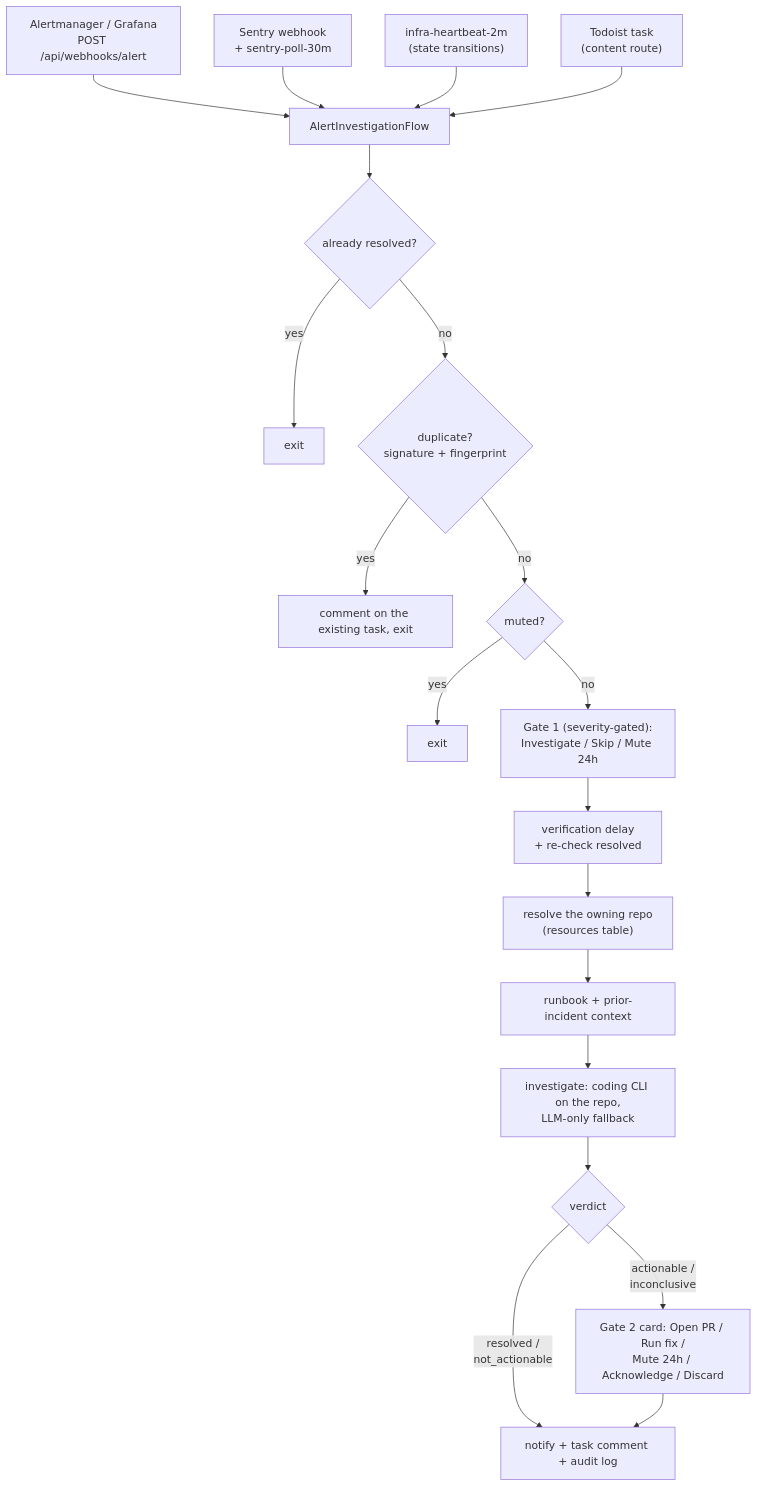
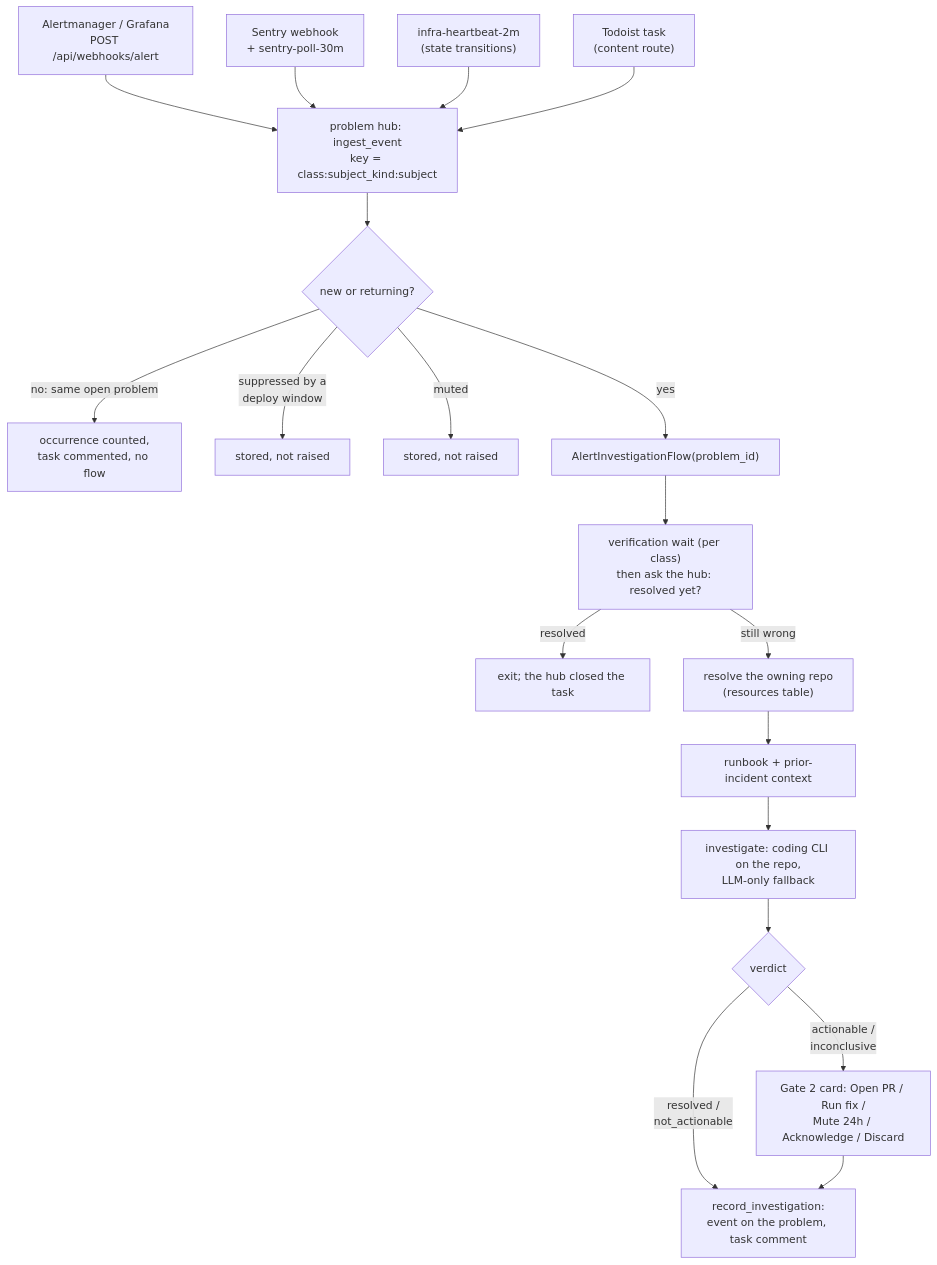
Before and after one commit to hikmahtech/aegis: the second of 2 diagrams in docs/how-it-works.md, drawn with Mermaid. The commit also changed other lines of this file and 8 other files, not shown here.

Commit message:
chore(hub): retire the last pre-hub identities and correct the docs that still describe them

````diff
--- a/docs/how-it-works.md
+++ b/docs/how-it-works.md
@@ -429,22 +429,21 @@
 ```mermaid
 flowchart TD
-    AM["Alertmanager / Grafana<br/>POST /api/webhooks/alert"] --> AI
-    SN["Sentry webhook<br/>+ sentry-poll-30m"] --> AI
-    HB["infra-heartbeat-2m<br/>(state transitions)"] --> AI
-    TT["Todoist task<br/>(content route)"] --> AI
-    AI["AlertInvestigationFlow"] --> RS{"already resolved?"}
-    RS -- yes --> X1["exit"]
-    RS -- no --> DD{"duplicate?<br/>signature + fingerprint"}
-    DD -- yes --> X2["comment on the existing task, exit"]
-    DD -- no --> MU{"muted?"}
-    MU -- yes --> X3["exit"]
-    MU -- no --> G1["Gate 1 (severity-gated):<br/>Investigate / Skip / Mute 24h"]
-    G1 --> VD["verification delay<br/>+ re-check resolved"]
-    VD --> RR["resolve the owning repo<br/>(resources table)"]
+    AM["Alertmanager / Grafana<br/>POST /api/webhooks/alert"] --> HUB
+    SN["Sentry webhook<br/>+ sentry-poll-30m"] --> HUB
+    HB["infra-heartbeat-2m<br/>(state transitions)"] --> HUB
+    TT["Todoist task<br/>(content route)"] --> HUB
+    HUB["problem hub: ingest_event<br/>key = class:subject_kind:subject"] --> DEC{"new or returning?"}
+    DEC -- "no: same open problem" --> X2["occurrence counted,<br/>task commented, no flow"]
+    DEC -- "suppressed by a<br/>deploy window" --> X3["stored, not raised"]
+    DEC -- "muted" --> X4["stored, not raised"]
+    DEC -- yes --> AI["AlertInvestigationFlow(problem_id)"]
+    AI --> VD["verification wait (per class)<br/>then ask the hub: resolved yet?"]
+    VD -- resolved --> X5["exit; the hub closed the task"]
+    VD -- "still wrong" --> RR["resolve the owning repo<br/>(resources table)"]
     RR --> KC["runbook + prior-incident context"]
     KC --> IV["investigate: coding CLI on the repo,<br/>LLM-only fallback"]
     IV --> VE{"verdict"}
-    VE -- "resolved /<br/>not_actionable" --> NO["notify + task comment + audit log"]
+    VE -- "resolved /<br/>not_actionable" --> NO["record_investigation:<br/>event on the problem, task comment"]
     VE -- "actionable /<br/>inconclusive" --> G2["Gate 2 card: Open PR / Run fix /<br/>Mute 24h / Acknowledge / Discard"]
     G2 --> NO
 ```
````
